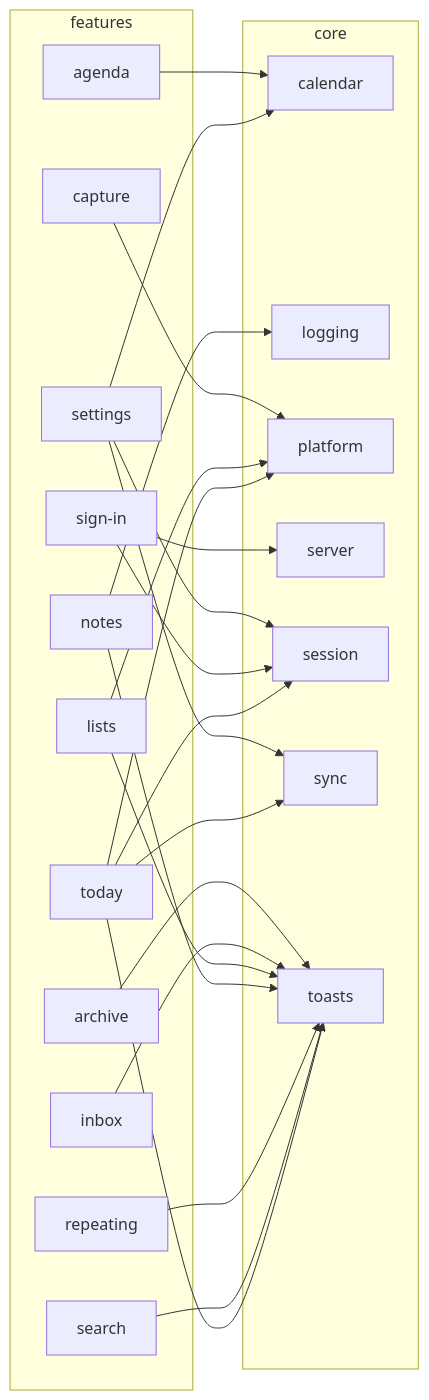
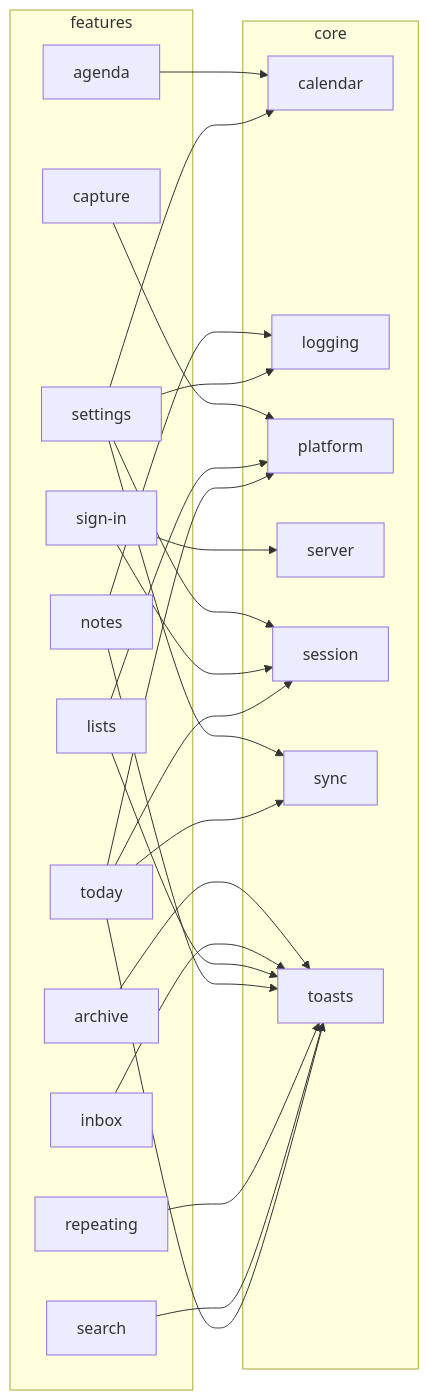
One commit to valde222/life_app changed the diagram in docs/diagrams/03c-features-to-core.md. Above: the diagram before and after it, drawn with Mermaid. The commit also changed 15 other files, not shown here.

````diff
--- a/docs/diagrams/03c-features-to-core.md
+++ b/docs/diagrams/03c-features-to-core.md
@@ -5,44 +5,45 @@
 ```mermaid
 flowchart LR
   subgraph features["features"]
     features_agenda["agenda"]
     features_archive["archive"]
     features_capture["capture"]
     features_inbox["inbox"]
     features_lists["lists"]
     features_notes["notes"]
     features_repeating["repeating"]
     features_search["search"]
     features_settings["settings"]
     features_sign_in["sign-in"]
     features_today["today"]
   end
   subgraph core["core"]
     core_calendar["calendar"]
     core_logging["logging"]
     core_platform["platform"]
     core_server["server"]
     core_session["session"]
     core_sync["sync"]
     core_toasts["toasts"]
   end
   features_agenda --> core_calendar
   features_archive --> core_toasts
   features_capture --> core_platform
   features_inbox --> core_toasts
   features_lists --> core_platform
   features_lists --> core_toasts
   features_notes --> core_logging
   features_notes --> core_toasts
   features_repeating --> core_toasts
   features_search --> core_toasts
   features_settings --> core_calendar
+  features_settings --> core_logging
   features_settings --> core_session
   features_settings --> core_sync
   features_sign_in --> core_server
   features_sign_in --> core_session
   features_today --> core_platform
   features_today --> core_session
   features_today --> core_sync
   features_today --> core_toasts
 ```
````
